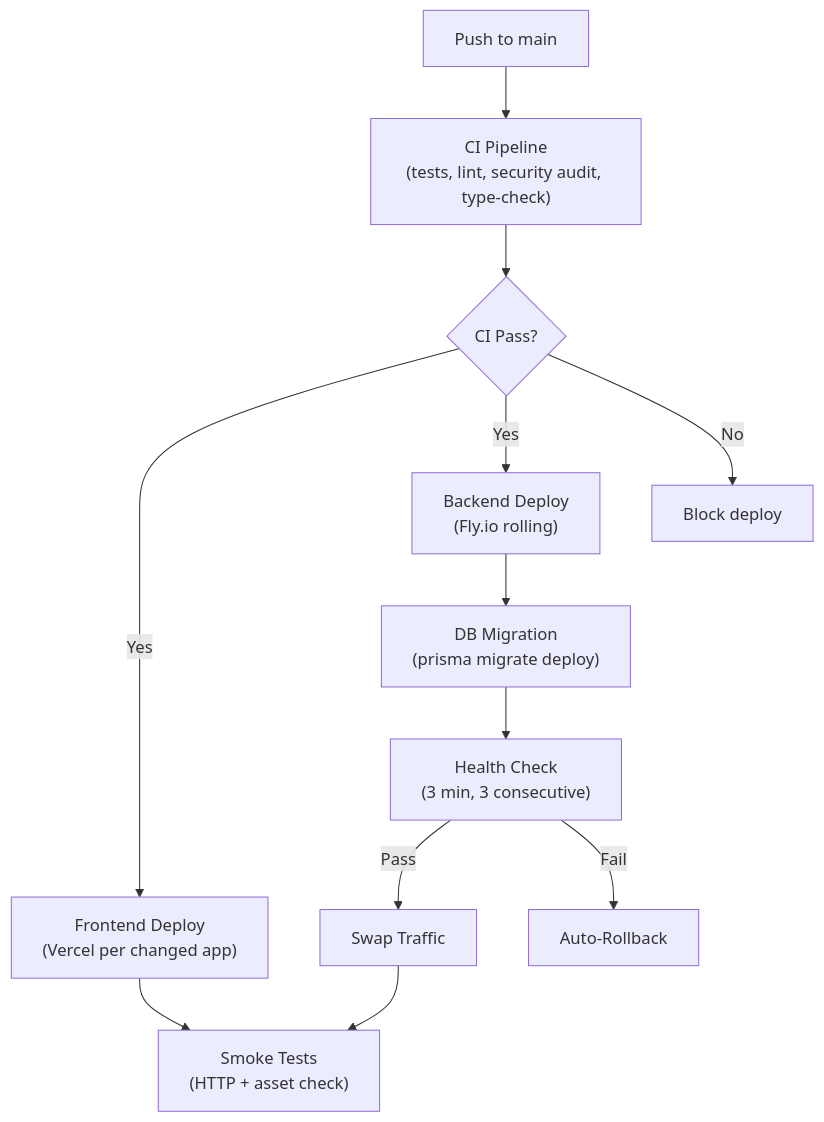
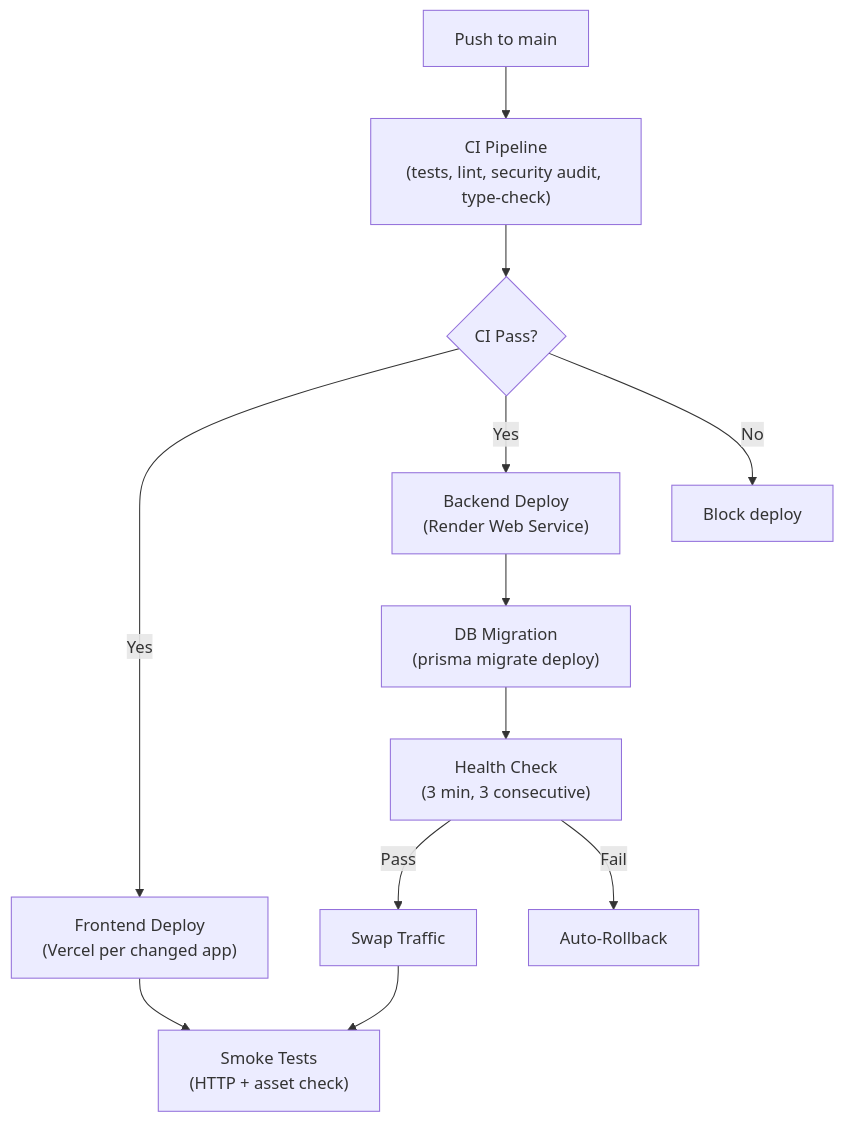
One commit to maru-story/wedding-ecosystem changed the tenth of 12 diagrams in .agents/summary/workflows.md. Above: the diagram before and after it, drawn with Mermaid. The commit also changed 6 other files, not shown here.

Commit message:
docs: update deployment architecture and setup guides from Fly.io to Render

````diff
--- a/.agents/summary/workflows.md
+++ b/.agents/summary/workflows.md
@@ -222,25 +222,25 @@
 ```mermaid
 graph TB
     Push["Push to main"]
     CI["CI Pipeline<br/>(tests, lint, security audit, type-check)"]
     Gate{CI Pass?}
     FE["Frontend Deploy<br/>(Vercel per changed app)"]
-    BE["Backend Deploy<br/>(Fly.io rolling)"]
+    BE["Backend Deploy<br/>(Render Web Service)"]
     Migrate["DB Migration<br/>(prisma migrate deploy)"]
     Health["Health Check<br/>(3 min, 3 consecutive)"]
     Swap["Swap Traffic"]
     Smoke["Smoke Tests<br/>(HTTP + asset check)"]
     Rollback["Auto-Rollback"]
 
     Push --> CI
     CI --> Gate
     Gate -->|Yes| FE
     Gate -->|Yes| BE
     Gate -->|No| Stop["Block deploy"]
     BE --> Migrate
     Migrate --> Health
     Health -->|Pass| Swap
     Health -->|Fail| Rollback
     Swap --> Smoke
     FE --> Smoke
 ```
````
